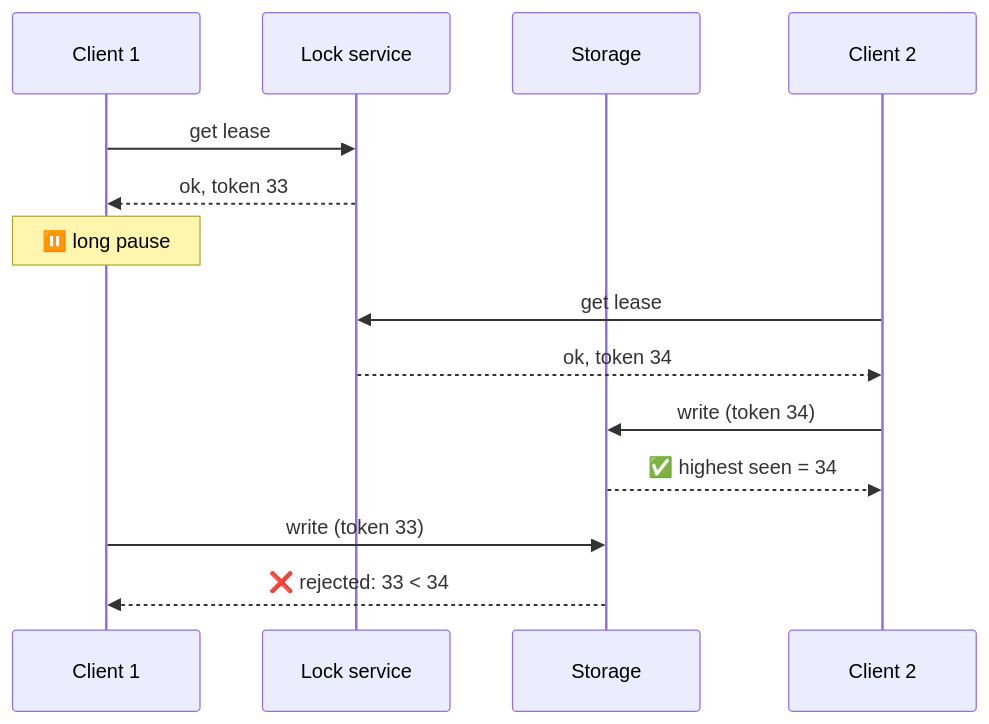
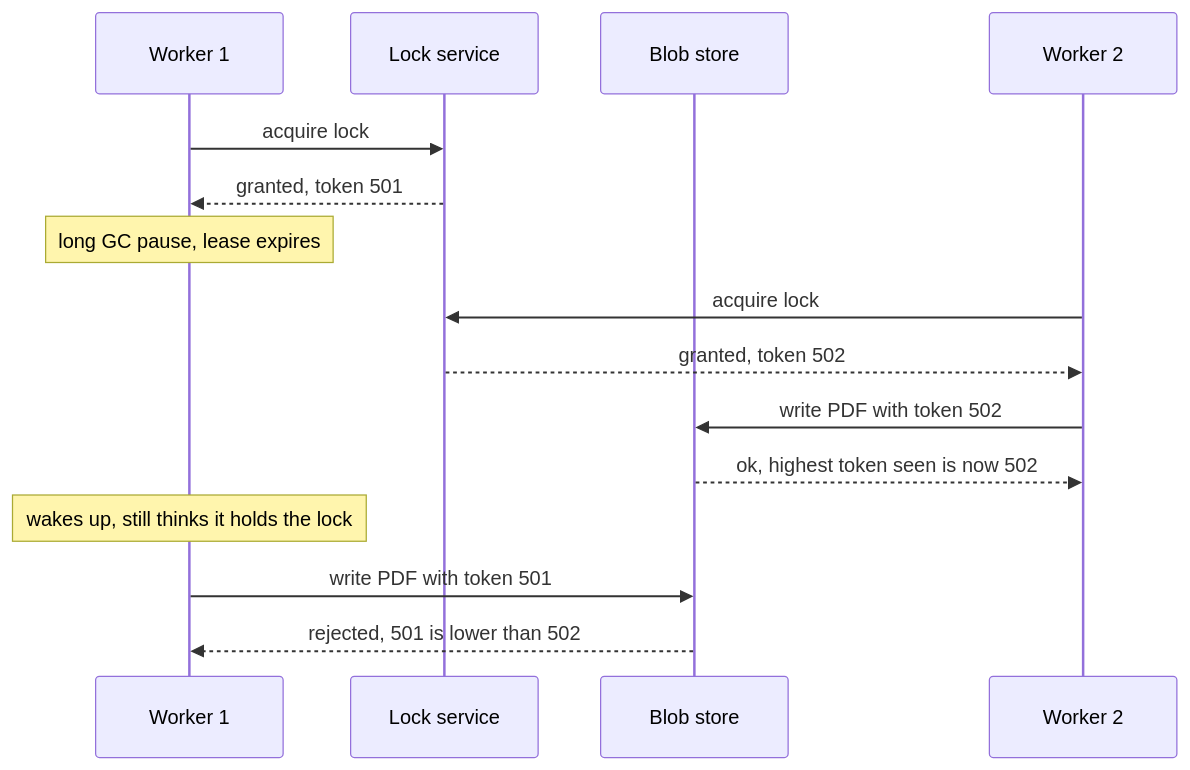
One commit to pratikguru998/ddia-book changed diagram 16 of 20 in docs/chapters/part-2/08-distributed-trouble.mdx. Above: the diagram before and after it, drawn with Mermaid. The commit also changed other lines of this file and 13 other files, not shown here.

Commit message:
Expand all 12 chapters: every book subsection, deeper notes, ~320 diagrams

````diff
--- a/docs/chapters/part-2/08-distributed-trouble.mdx
+++ b/docs/chapters/part-2/08-distributed-trouble.mdx
@@ -162,16 +750,17 @@
 ```mermaid
 sequenceDiagram
-  participant C1 as Client 1
+  participant W1 as Worker 1
   participant LS as Lock service
-  participant ST as Storage
-  participant C2 as Client 2
-  C1->>LS: get lease
-  LS-->>C1: ok, token 33
-  Note over C1: ⏸️ long pause
-  C2->>LS: get lease
-  LS-->>C2: ok, token 34
-  C2->>ST: write (token 34)
-  ST-->>C2: ✅ highest seen = 34
-  C1->>ST: write (token 33)
-  ST-->>C1: ❌ rejected: 33 < 34
+  participant BS as Blob store
+  participant W2 as Worker 2
+  W1->>LS: acquire lock
+  LS-->>W1: granted, token 501
+  Note over W1: long GC pause, lease expires
+  W2->>LS: acquire lock
+  LS-->>W2: granted, token 502
+  W2->>BS: write PDF with token 502
+  BS-->>W2: ok, highest token seen is now 502
+  Note over W1: wakes up, still thinks it holds the lock
+  W1->>BS: write PDF with token 501
+  BS-->>W1: rejected, 501 is lower than 502
 ```
````
